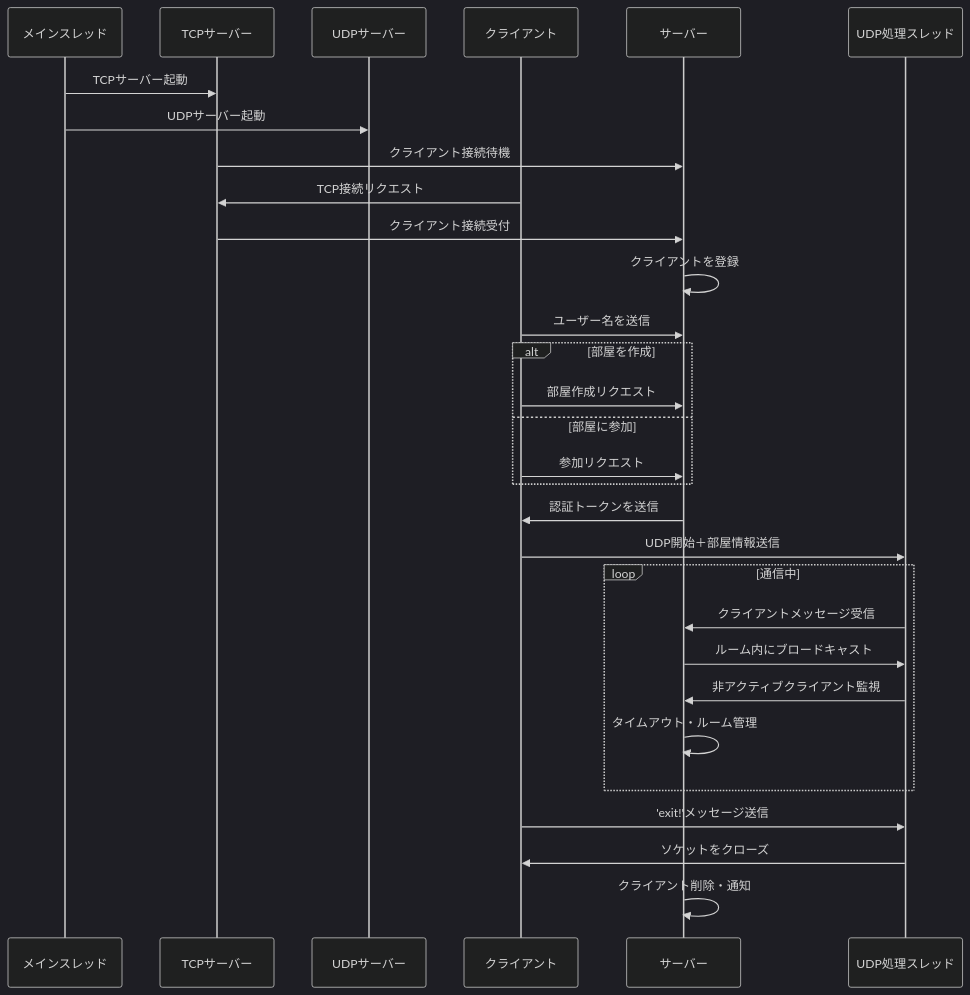
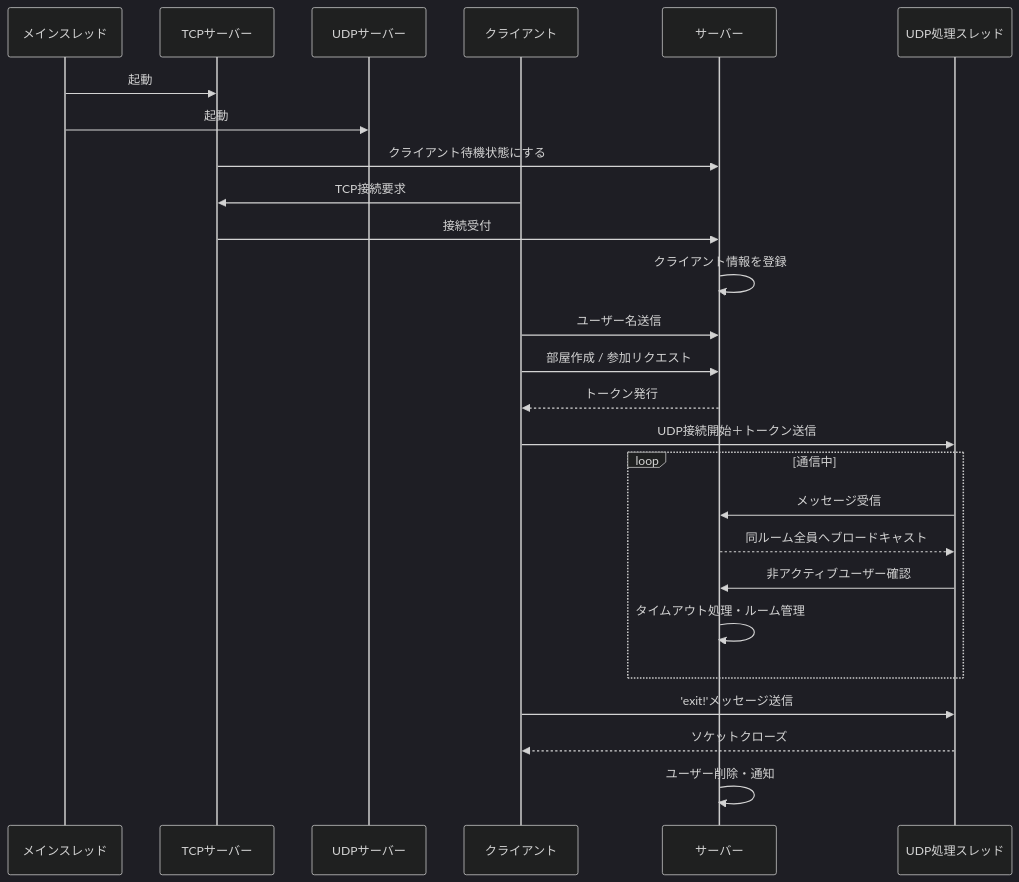
Before and after one commit to BackendExplorer/Tenshin: the diagram in README.md, drawn with Mermaid (dark theme).

````diff
--- a/README.md
+++ b/README.md
@@ -1,44 +1,39 @@
 ```mermaid
 sequenceDiagram
-    participant メインスレッド
-    participant TCPサーバー
-    participant UDPサーバー
-    participant クライアント
-    participant サーバー
-    participant UDP処理スレッド
+    %% 登場人物
+    participant MainThread as メインスレッド
+    participant TCPServer as TCPサーバー
+    participant UDPServer as UDPサーバー
+    participant Client as クライアント
+    participant CoreServer as サーバー
+    participant UDPHandler as UDP処理スレッド
 
-    %% サーバー起動処理
-    メインスレッド->>TCPサーバー: TCPサーバー起動
-    メインスレッド->>UDPサーバー: UDPサーバー起動
-    TCPサーバー->>サーバー: クライアント接続待機
+    %% フェーズ1：サーバー起動
+    MainThread->>TCPServer: 起動
+    MainThread->>UDPServer: 起動
+    TCPServer->>CoreServer: クライアント待機状態にする
 
-    %% クライアント接続と認証
-    クライアント->>TCPサーバー: TCP接続リクエスト
-    TCPサーバー->>サーバー: クライアント接続受付
-    サーバー->>サーバー: クライアントを登録
+    %% フェーズ2：クライアント接続
+    Client->>TCPServer: TCP接続要求
+    TCPServer->>CoreServer: 接続受付
+    CoreServer->>CoreServer: クライアント情報を登録
 
-    %% クライアントの部屋作成または参加
-    クライアント->>サーバー: ユーザー名を送信
-    alt 部屋を作成
-        クライアント->>サーバー: 部屋作成リクエスト
-    else 部屋に参加
-        クライアント->>サーバー: 参加リクエスト
-    end
-    サーバー->>クライアント: 認証トークンを送信
+    %% フェーズ3：ルーム参加とUDP通信
+    Client->>CoreServer: ユーザー名送信
+    Client->>CoreServer: 部屋作成 / 参加リクエスト
+    CoreServer-->>Client: トークン発行
+    Client->>UDPHandler: UDP接続開始＋トークン送信
 
-    %% UDP通信開始
-    クライアント->>UDP処理スレッド: UDP開始＋部屋情報送信
-
-    %% メッセージ送受信処理
+    %% フェーズ4：リアルタイム通信・終了処理
     loop 通信中
-        UDP処理スレッド->>サーバー: クライアントメッセージ受信
-        サーバー->>UDP処理スレッド: ルーム内にブロードキャスト
-        UDP処理スレッド->>サーバー: 非アクティブクライアント監視
-        サーバー->>サーバー: タイムアウト・ルーム管理
+        UDPHandler->>CoreServer: メッセージ受信
+        CoreServer-->>UDPHandler: 同ルーム全員へブロードキャスト
+        UDPHandler->>CoreServer: 非アクティブユーザー確認
+        CoreServer->>CoreServer: タイムアウト処理・ルーム管理
     end
 
     %% クライアント終了処理
-    クライアント->>UDP処理スレッド: 'exit!'メッセージ送信
-    UDP処理スレッド->>クライアント: ソケットをクローズ
-    サーバー->>サーバー: クライアント削除・通知
+    Client->>UDPHandler: 'exit!'メッセージ送信
+    UDPHandler-->>Client: ソケットクローズ
+    CoreServer->>CoreServer: ユーザー削除・通知
 ```
````
